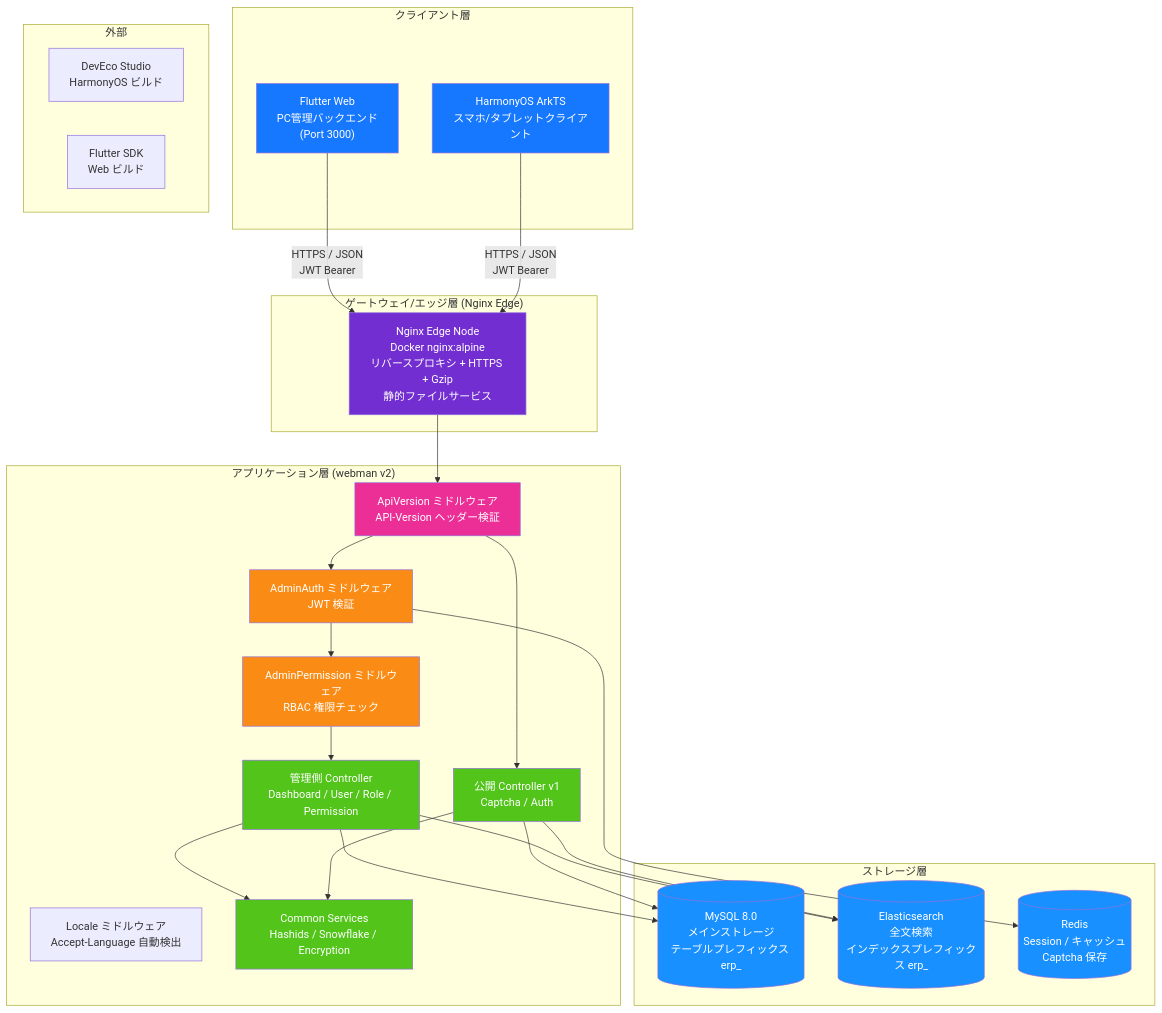
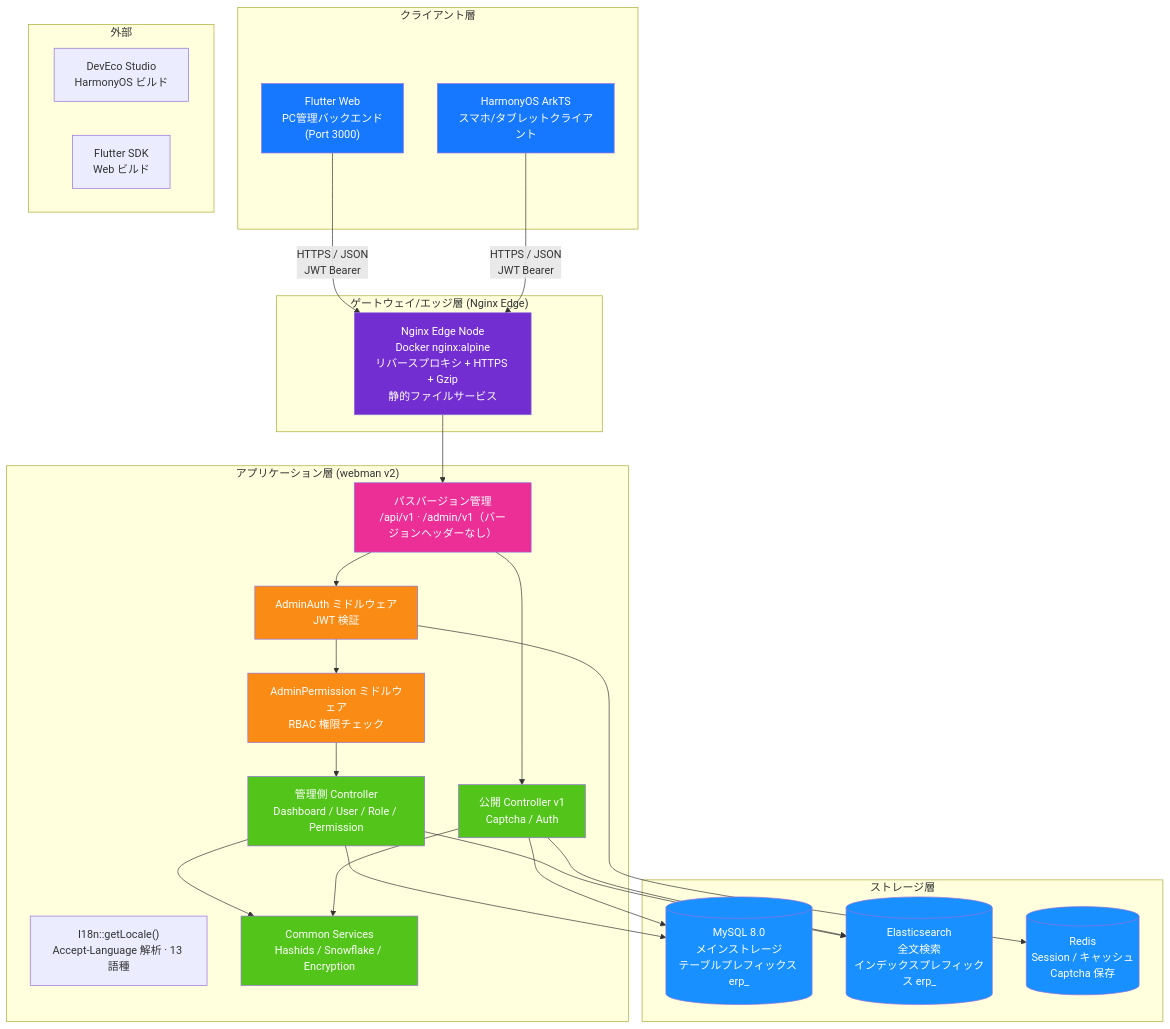
Before and after one commit to erikwang2013/erp-php: the first of 20 diagrams in docs/i18n/ja/ARCHITECTURE.md, drawn with Mermaid. The commit also changed other lines of this file and 325 other files, not shown here.

````diff
--- a/docs/i18n/ja/ARCHITECTURE.md
+++ b/docs/i18n/ja/ARCHITECTURE.md
@@ -11,60 +11,60 @@
 ```mermaid
 flowchart TB
     subgraph "クライアント層"
         A1["Flutter Web<br/>PC管理バックエンド<br/>(Port 3000)"]
         A2["HarmonyOS ArkTS<br/>スマホ/タブレットクライアント"]
     end
 
     subgraph "ゲートウェイ/エッジ層 (Nginx Edge)"
         B1["Nginx Edge Node<br/>Docker nginx:alpine<br/>リバースプロキシ + HTTPS + Gzip<br/>静的ファイルサービス"]
     end
 
     subgraph "アプリケーション層 (webman v2)"
-        C_LOC["Locale ミドルウェア<br/>Accept-Language 自動検出"]
-        C0["ApiVersion ミドルウェア<br/>API-Version ヘッダー検証"]
+        C_LOC["I18n::getLocale()<br/>Accept-Language 解析 · 13 語種"]
+        C0["パスバージョン管理<br/>/api/v1 · /admin/v1（バージョンヘッダーなし）"]
         C1["AdminAuth ミドルウェア<br/>JWT 検証"]
         C2["AdminPermission ミドルウェア<br/>RBAC 権限チェック"]
         C3["管理側 Controller<br/>Dashboard / User / Role / Permission"]
         C4["公開 Controller v1<br/>Captcha / Auth"]
         C5["Common Services<br/>Hashids / Snowflake / Encryption"]
     end
 
     subgraph "ストレージ層"
         D1[("MySQL 8.0<br/>メインストレージ<br/>テーブルプレフィックス erp_")]
         D2[("Elasticsearch<br/>全文検索<br/>インデックスプレフィックス erp_")]
         D3[("Redis<br/>Session / キャッシュ<br/>Captcha 保存")]
     end
 
     subgraph "外部"
         E1["DevEco Studio<br/>HarmonyOS ビルド"]
         E2["Flutter SDK<br/>Web ビルド"]
     end
 
     A1 -->|"HTTPS / JSON<br/>JWT Bearer"| B1
     A2 -->|"HTTPS / JSON<br/>JWT Bearer"| B1
     B1 --> C0
     C0 --> C1
     C1 --> C2
     C2 --> C3
     C0 --> C4
     C3 --> C5
     C4 --> C5
     C3 --> D1
     C4 --> D1
     C3 --> D2
     C4 --> D2
     C1 --> D3
 
     style A1 fill:#1677FF,color:#fff
     style A2 fill:#1677FF,color:#fff
     style B1 fill:#722ED1,color:#fff
     style C0 fill:#EB2F96,color:#fff
     style C1 fill:#FA8C16,color:#fff
     style C2 fill:#FA8C16,color:#fff
     style C3 fill:#52C41A,color:#fff
     style C4 fill:#52C41A,color:#fff
     style C5 fill:#52C41A,color:#fff
     style D1 fill:#1890FF,color:#fff
     style D2 fill:#1890FF,color:#fff
     style D3 fill:#1890FF,color:#fff
 ```
````
